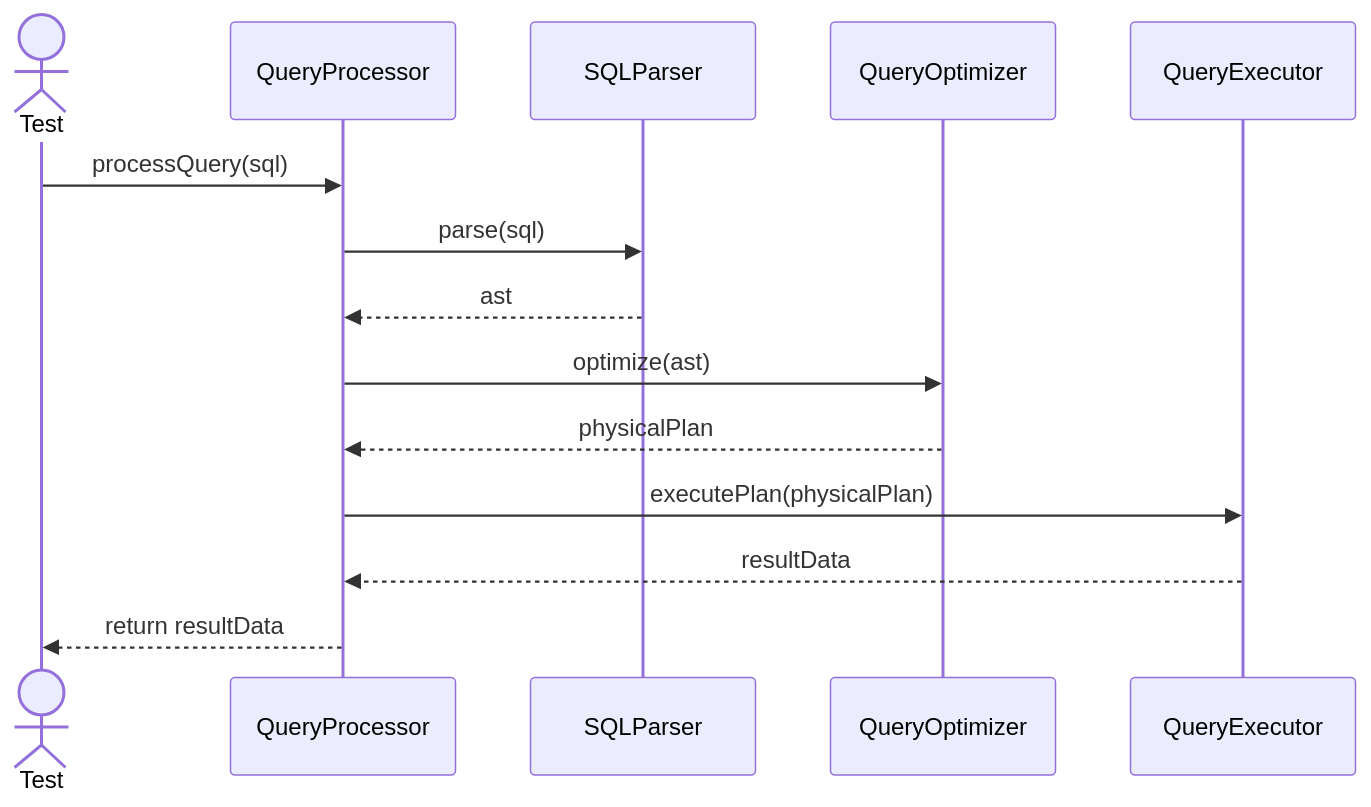
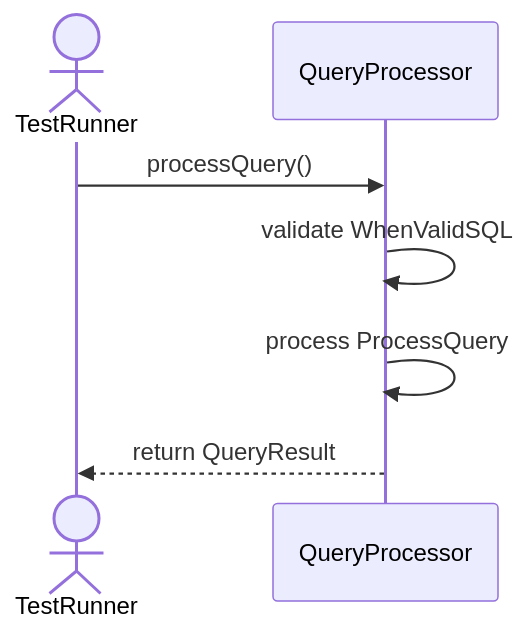
Before and after one commit to TamBui1706/DBMS: the first of 5 diagrams in Sequences/QueryProcessor/QueryProcessor.md, drawn with Mermaid. The commit also changed other lines of this file and 63 other files, not shown here.

Commit message:
Draw sequence diagram for unit tests

````diff
--- a/Sequences/QueryProcessor/QueryProcessor.md
+++ b/Sequences/QueryProcessor/QueryProcessor.md
@@ -14,17 +16,9 @@
 ```mermaid
 sequenceDiagram
-    actor Test
+    actor TestRunner
     participant QueryProcessor
-    participant SQLParser
-    participant QueryOptimizer
-    participant QueryExecutor
-
-    Test->>QueryProcessor: processQuery(sql)
-    QueryProcessor->>SQLParser: parse(sql)
-    SQLParser-->>QueryProcessor: ast
-    QueryProcessor->>QueryOptimizer: optimize(ast)
-    QueryOptimizer-->>QueryProcessor: physicalPlan
-    QueryProcessor->>QueryExecutor: executePlan(physicalPlan)
-    QueryExecutor-->>QueryProcessor: resultData
-    QueryProcessor-->>Test: return resultData
+    TestRunner->>QueryProcessor: processQuery()
+    QueryProcessor->>QueryProcessor: validate WhenValidSQL
+    QueryProcessor->>QueryProcessor: process ProcessQuery
+    QueryProcessor-->>TestRunner: return QueryResult
 ```
````
